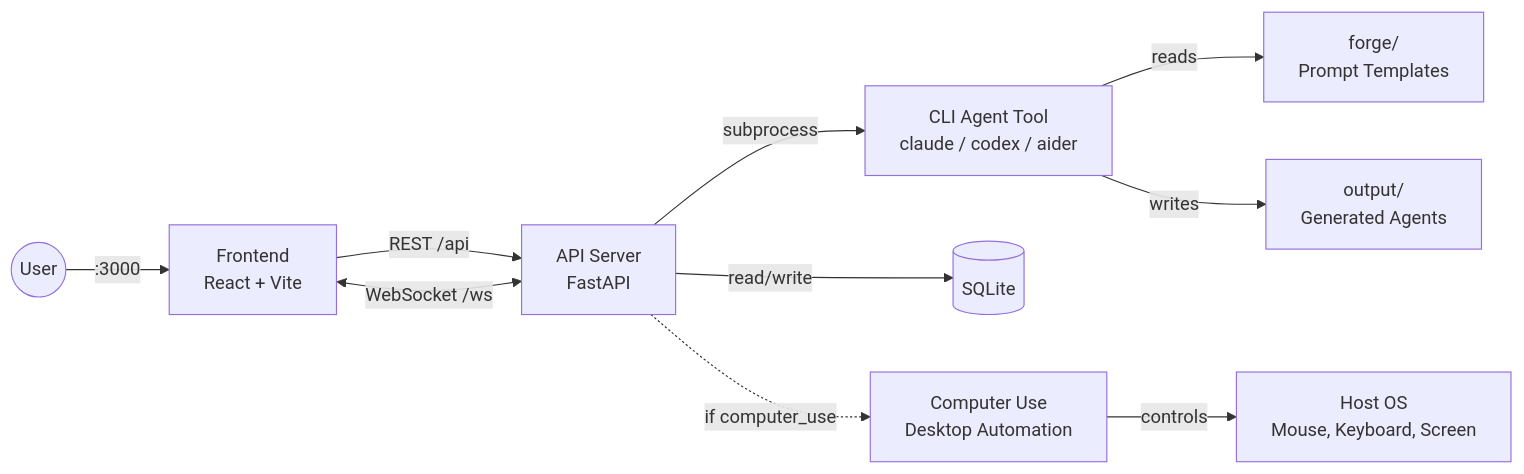
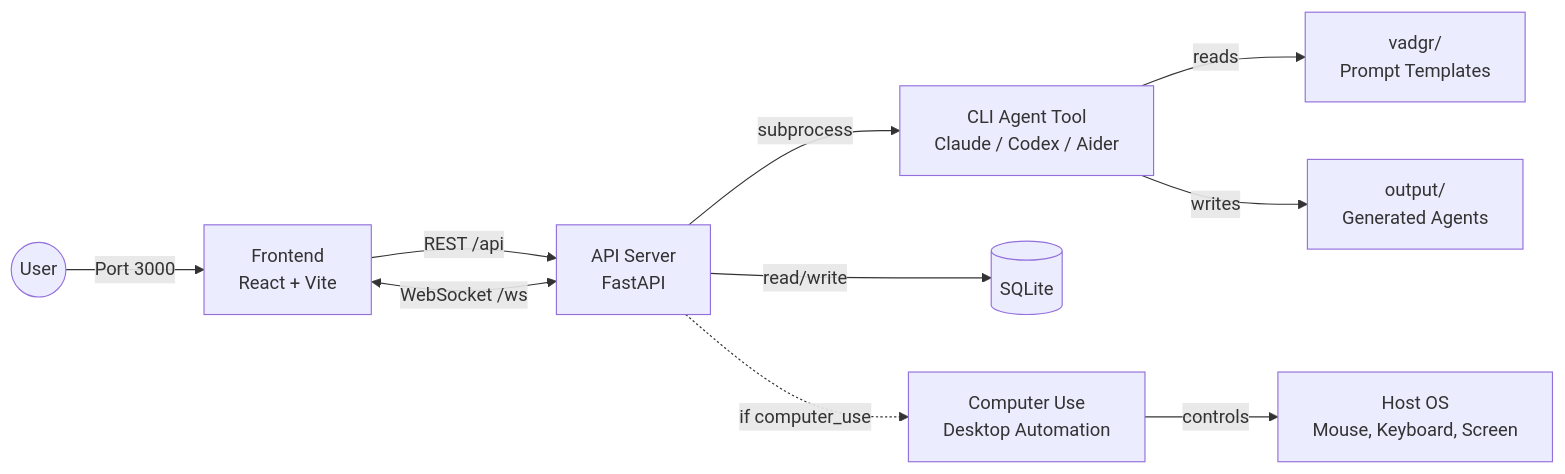
Before and after one commit to santiagomd11/Agent-Forge: the diagram in README.md, drawn with Mermaid.

Commit message:
fix: Correction: Restore the architecture diagram representation.

````diff
--- a/README.md
+++ b/README.md
@@ -128,12 +128,12 @@
 ```mermaid
 graph LR
-    User((User)) -->|":3000"| FE[Frontend<br/>React + Vite]
-    FE -->|"REST /api"| API[API Server<br/>FastAPI]
-    FE <-->|"WebSocket /ws"| API
-    API -->|subprocess| CLI[CLI Agent Tool<br/>claude / codex / aider]
+    User((User)) -->|Port 3000| FE[Frontend<br/>React + Vite]
+    FE -->|REST /api| API[API Server<br/>FastAPI]
+    FE <-->|WebSocket /ws| API
+    API -->|subprocess| CLI[CLI Agent Tool<br/>Claude / Codex / Aider]
     API -->|read/write| DB[(SQLite)]
-    CLI -->|reads| Forge[forge/<br/>Prompt Templates]
+    CLI -->|reads| Vadgr[vadgr/<br/>Prompt Templates]
     CLI -->|writes| Output[output/<br/>Generated Agents]
-    API -.->|"if computer_use"| CU[Computer Use<br/>Desktop Automation]
+    API -.->|if computer_use| CU[Computer Use<br/>Desktop Automation]
     CU -->|controls| Desktop[Host OS<br/>Mouse, Keyboard, Screen]
 ```
````
